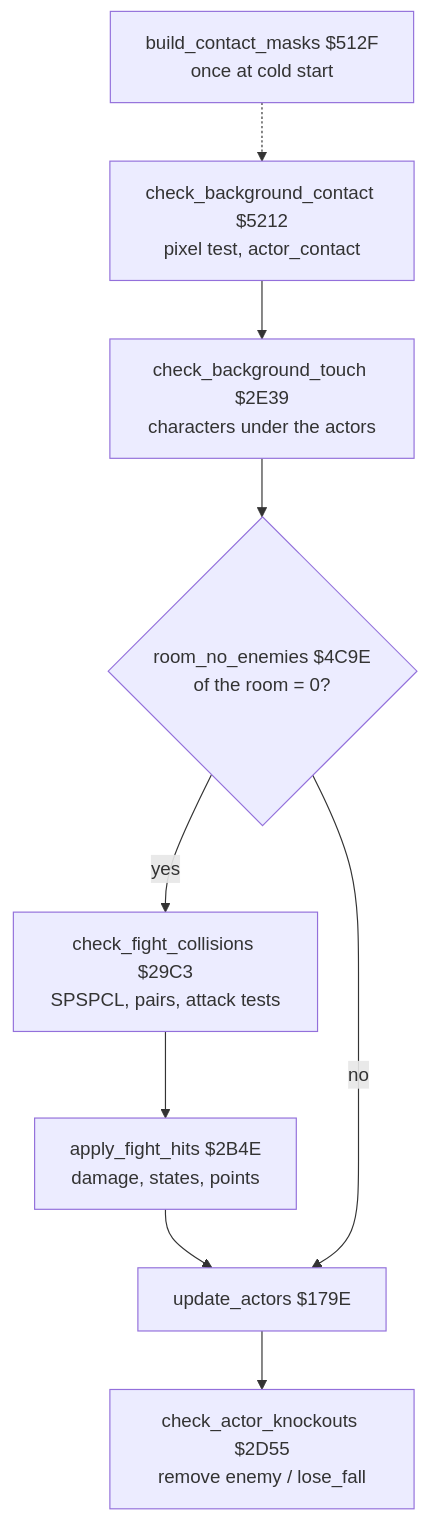
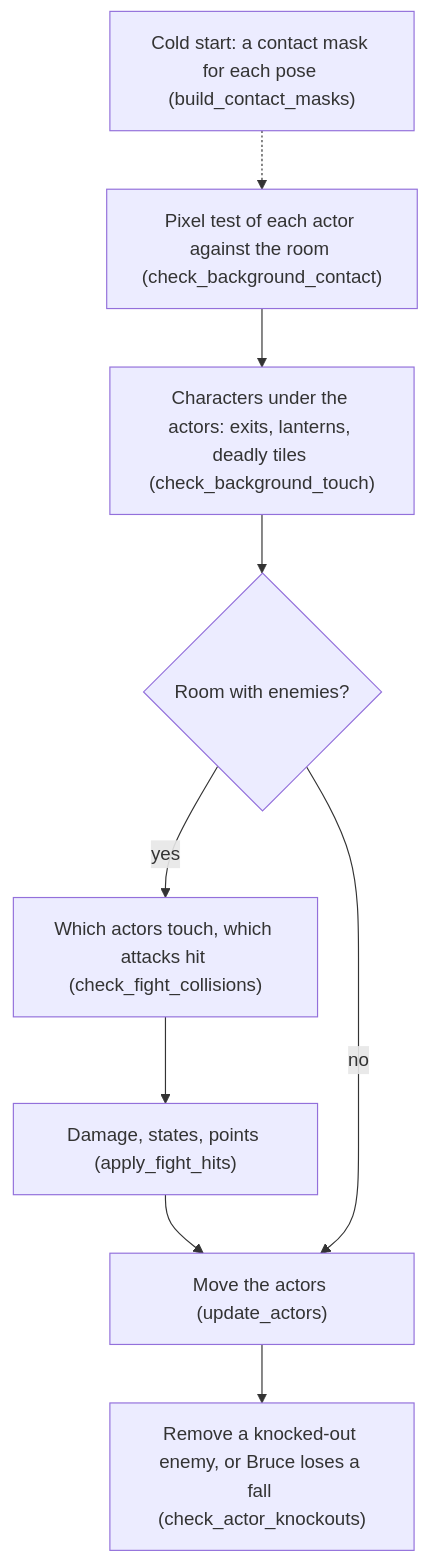
The first of 2 diagrams in bruce_lee/docs/combat.md (henols/c64_games), drawn with Mermaid before and after one commit. The commit also changed other lines of this file and 124 other files, not shown here.

First line of the commit message:
Bruce Lee: a development page, the demo ends at the first lost fall, the tape tools at $FE00, and the documentation regenerated

````diff
--- a/bruce_lee/docs/combat.md
+++ b/bruce_lee/docs/combat.md
@@ -26,11 +20,11 @@
 ```mermaid
 flowchart TB
-  CBC["check_background_contact $5212<br/>pixel test, actor_contact"] --> CBT["check_background_touch $2E39<br/>characters under the actors"]
-  CBT --> Q{"room_no_enemies $4C9E<br/>of the room = 0?"}
-  Q -- yes --> CFC["check_fight_collisions $29C3<br/>SPSPCL, pairs, attack tests"]
-  CFC --> AFH["apply_fight_hits $2B4E<br/>damage, states, points"]
-  AFH --> UA["update_actors $179E"]
-  Q -- no --> UA
-  UA --> CAK["check_actor_knockouts $2D55<br/>remove enemy / lose_fall"]
-  BUILD["build_contact_masks $512F<br/>once at cold start"] -.-> CBC
+  M["Cold start: a contact mask for each pose (build_contact_masks)"] -.-> C
+  C["Pixel test of each actor against the room (check_background_contact)"] --> T["Characters under the actors: exits, lanterns, deadly tiles (check_background_touch)"]
+  T --> Q{"Room with enemies?"}
+  Q -- yes --> F["Which actors touch, which attacks hit (check_fight_collisions)"]
+  F --> H["Damage, states, points (apply_fight_hits)"]
+  H --> U["Move the actors (update_actors)"]
+  Q -- no --> U
+  U --> K["Remove a knocked-out enemy, or Bruce loses a fall (check_actor_knockouts)"]
 ```
````
